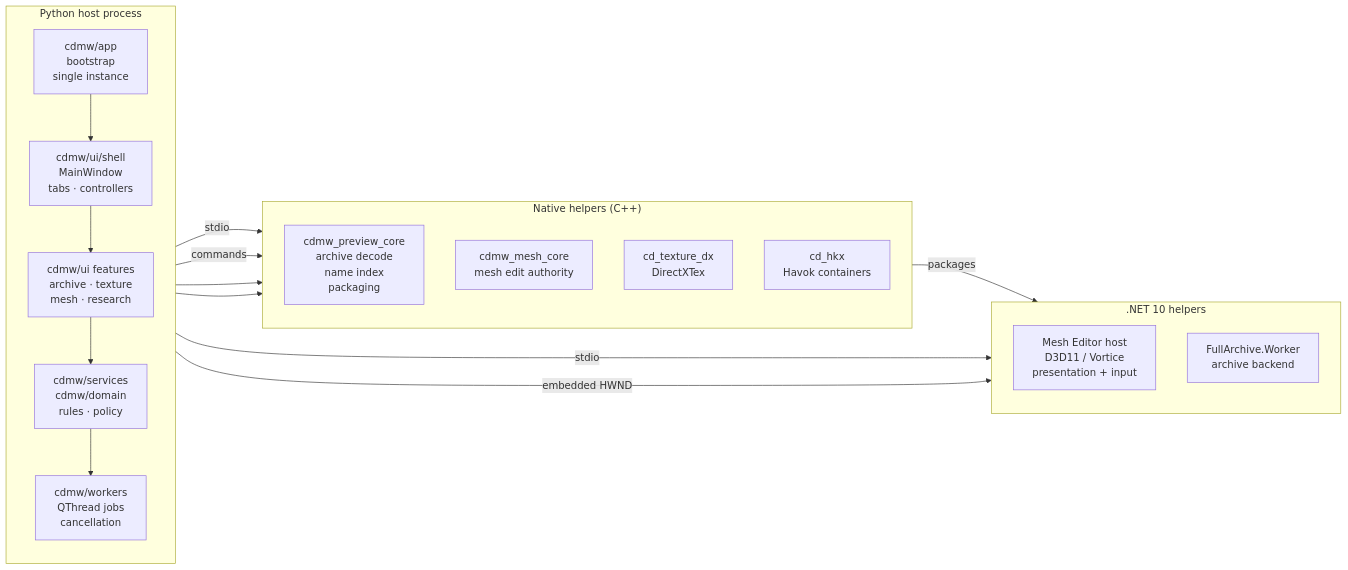
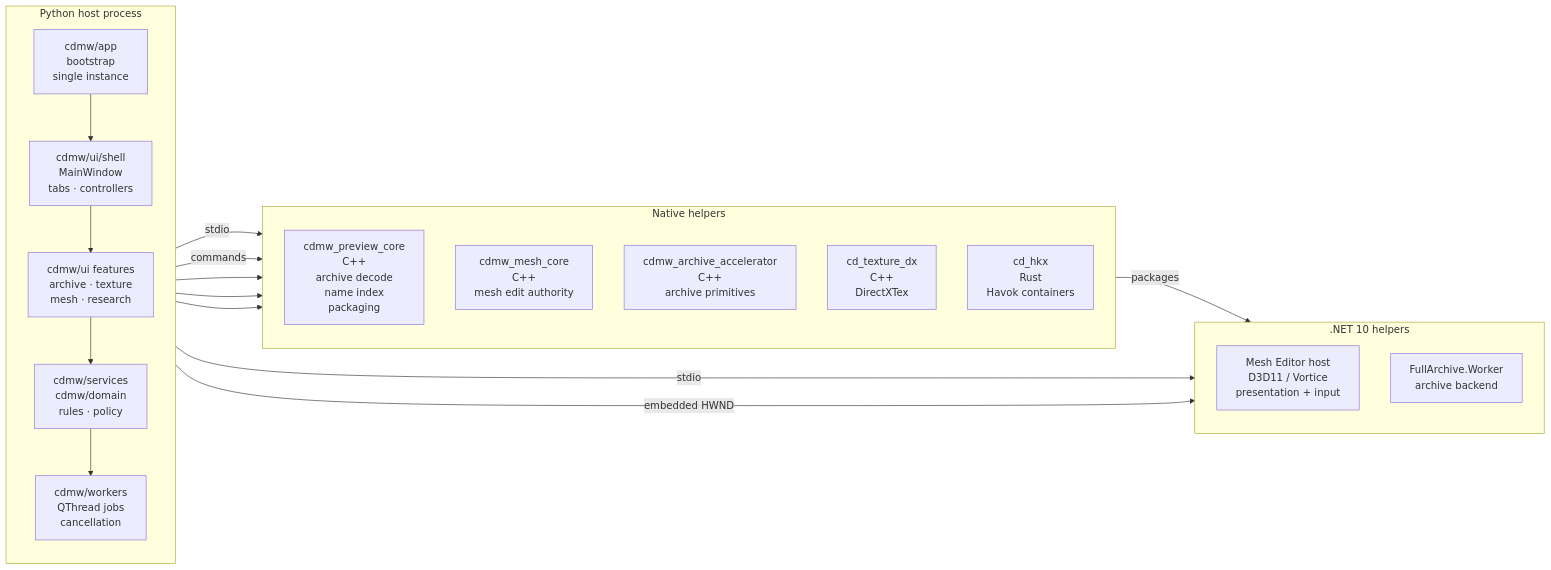
The second of 5 diagrams in README.md (Ratty123/CDMW-Full), drawn with Mermaid before and after one commit. The commit also changed other lines of this file and 12 other files, not shown here.

````diff
--- a/README.md
+++ b/README.md
@@ -193,34 +227,36 @@
 ```mermaid
 flowchart LR
     subgraph host["Python host process"]
         direction TB
         APP["cdmw/app<br/>bootstrap<br/>single instance"]
         SHELL["cdmw/ui/shell<br/>MainWindow<br/>tabs · controllers"]
         FEAT["cdmw/ui features<br/>archive · texture<br/>mesh · research"]
         SVC["cdmw/services<br/>cdmw/domain<br/>rules · policy"]
         WRK["cdmw/workers<br/>QThread jobs<br/>cancellation"]
         APP --> SHELL --> FEAT --> SVC --> WRK
     end
 
-    subgraph native["Native helpers (C++)"]
+    subgraph native["Native helpers"]
         direction TB
-        PREV["cdmw_preview_core<br/>archive decode<br/>name index<br/>packaging"]
-        MESH["cdmw_mesh_core<br/>mesh edit authority"]
-        TEX["cd_texture_dx<br/>DirectXTex"]
-        HKX["cd_hkx<br/>Havok containers"]
+        PREV["cdmw_preview_core<br/>C++<br/>archive decode<br/>name index<br/>packaging"]
+        MESH["cdmw_mesh_core<br/>C++<br/>mesh edit authority"]
+        ACC["cdmw_archive_accelerator<br/>C++<br/>archive primitives"]
+        TEX["cd_texture_dx<br/>C++<br/>DirectXTex"]
+        HKX["cd_hkx<br/>Rust<br/>Havok containers"]
     end
 
     subgraph dotnet[".NET 10 helpers"]
         direction TB
         EDITOR["Mesh Editor host<br/>D3D11 / Vortice<br/>presentation + input"]
         ARCH["FullArchive.Worker<br/>archive backend"]
     end
 
     WRK -->|stdio| PREV
     WRK -->|stdio| ARCH
     SVC -->|commands| MESH
+    WRK --> ACC
     WRK --> TEX
     WRK --> HKX
     FEAT -->|embedded HWND| EDITOR
     PREV -->|packages| EDITOR
 ```
````
